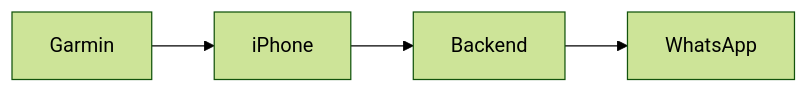
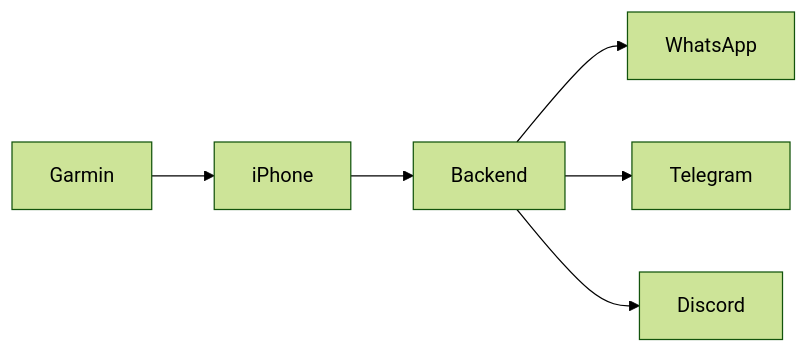
Before and after one commit to ItayBenben/Wrist2MSG: the diagram in Low_Level_Design.md, drawn with Mermaid (forest theme). The commit also changed other lines of this file and 4 other files, not shown here.

Commit message:
feat: Add Telegram and Discord messaging support

````diff
--- a/Low_Level_Design.md
+++ b/Low_Level_Design.md
@@ -18,4 +18,6 @@
 ```mermaid
 flowchart LR
     Garmin --> iPhone --> Backend --> WhatsApp
+    Backend --> Telegram
+    Backend --> Discord
 ```
````
